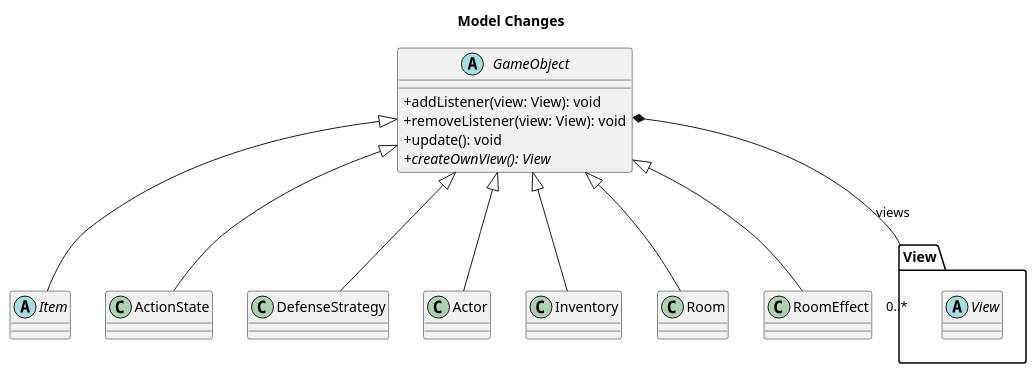
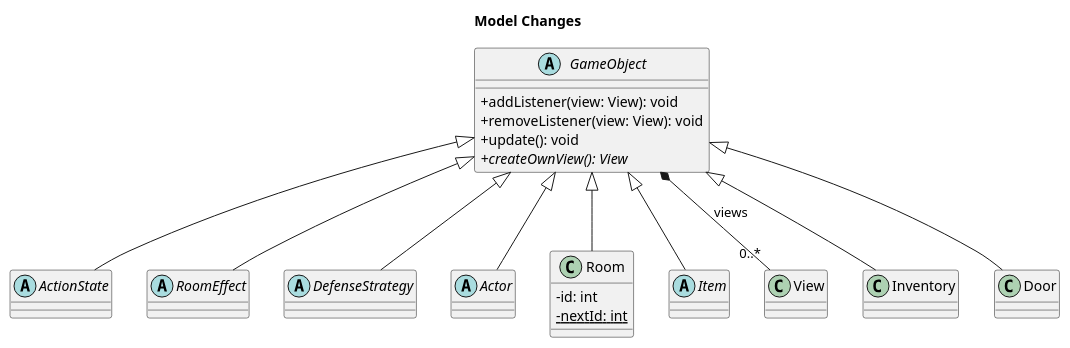
The diagram in docs/class/ui_class_chunks/model_change.puml (Kristof-me/Logarlec), drawn with PlantUML before and after one commit. The commit also changed 11 other files, not shown here.

Commit message:
ui class diagram

```diff
--- a/docs/class/ui_class_chunks/model_change.puml
+++ b/docs/class/ui_class_chunks/model_change.puml
@@ -1,27 +1,32 @@
 @startuml Model_change
 title Model Changes
 
 skinparam classAttributeIconSize 0
 
-abstract class Item{}
+    abstract class ActionState{}
+    abstract class RoomEffect{}
+    abstract class DefenseStrategy{}
+    abstract class Actor{}
+    class Room{
+        - id: int
+        - {static} nextId: int
+        }
+    abstract class Item{}
 
-GameObject *--"0..*" View: views
-abstract class GameObject{
-    + addListener(view: View): void
-    + removeListener(view: View): void
-    + update(): void
-    + {abstract} createOwnView(): View
-}
+    GameObject *--"0..*" View: views
+    abstract class GameObject{
+        + addListener(view: View): void
+        + removeListener(view: View): void
+        + update(): void
+        + {abstract} createOwnView(): View
+    }
 
-GameObject <|-- ActionState
-GameObject <|-- DefenseStrategy
-GameObject <|-- Actor
-GameObject <|-- Inventory
-GameObject <|-- Item
-GameObject <|-- Room
-GameObject <|-- RoomEffect
-
-package View{
-    abstract class View{}
-}
+    GameObject <|-- ActionState
+    GameObject <|-- DefenseStrategy
+    GameObject <|-- Actor
+    GameObject <|-- Inventory
+    GameObject <|-- Item
+    GameObject <|-- Room
+    GameObject <|-- RoomEffect
+    GameObject <|-- Door
 @enduml
```
